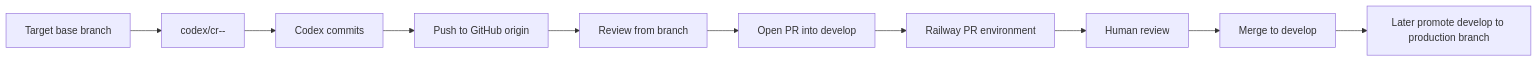
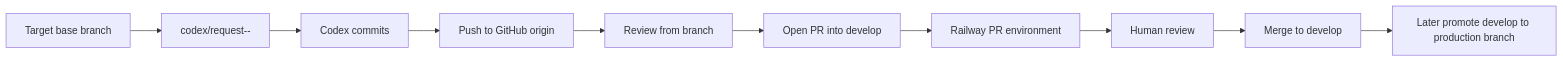
Before and after one commit to superprismio/prism-railway-template: the fourth of 7 diagrams in docs/change-request-flow.md, drawn with Mermaid. The commit also changed other lines of this file and 29 other files, not shown here.

````diff
--- a/docs/change-request-flow.md
+++ b/docs/change-request-flow.md
@@ -87,12 +93,12 @@
 ```mermaid
 flowchart LR
-    A[Target base branch] --> B[codex/cr-<number>-<slug>]
+    A[Target base branch] --> B[codex/request-<number>-<slug>]
     B --> C[Codex commits]
     C --> D[Push to GitHub origin]
     D --> E[Review from branch]
     E --> F[Open PR into develop]
     F --> G[Railway PR environment]
     G --> H[Human review]
     H --> I[Merge to develop]
     I --> J[Later promote develop to production branch]
 ```
````
